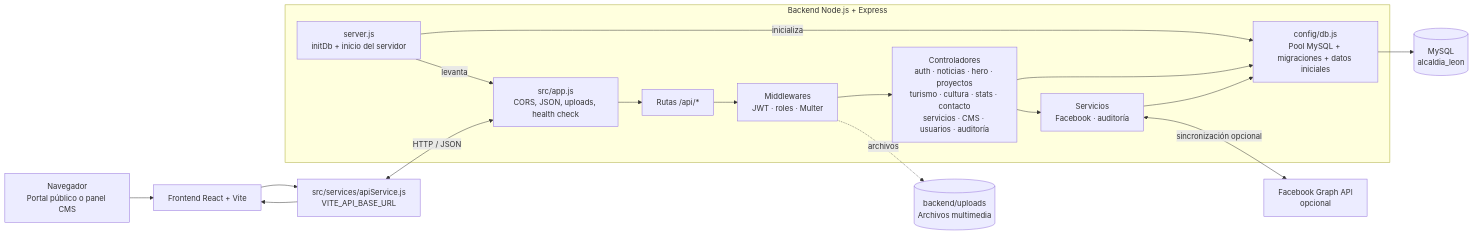
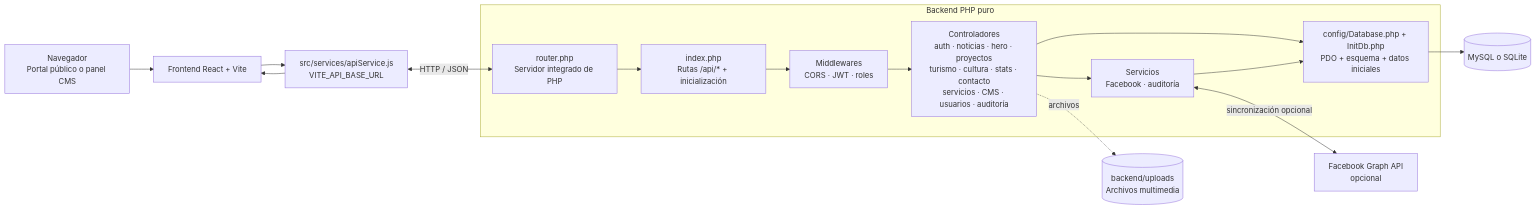
Before and after one commit to jermeine-bot/alcaldia-propuesto: the first of 2 diagrams in README.md, drawn with Mermaid. The commit also changed other lines of this file and 119 other files, not shown here.

Commit message:
Actualiza frontend y backend del proyecto

````diff
--- a/README.md
+++ b/README.md
@@ -166,32 +134,29 @@
 ```mermaid
 flowchart LR
     ciudadano["Navegador<br/>Portal público o panel CMS"]
     frontend["Frontend React + Vite"]
     apiClient["src/services/apiService.js<br/>VITE_API_BASE_URL"]
 
-    subgraph backend["Backend Node.js + Express"]
-        server["server.js<br/>initDb + inicio del servidor"]
-        app["src/app.js<br/>CORS, JSON, uploads, health check"]
-        routes["Rutas /api/*"]
-        middleware["Middlewares<br/>JWT · roles · Multer"]
+    subgraph backend["Backend PHP puro"]
+        router["router.php<br/>Servidor integrado de PHP"]
+        index["index.php<br/>Rutas /api/* + inicialización"]
+        middleware["Middlewares<br/>CORS · JWT · roles"]
         controllers["Controladores<br/>auth · noticias · hero · proyectos<br/>turismo · cultura · stats · contacto<br/>servicios · CMS · usuarios · auditoría"]
         services["Servicios<br/>Facebook · auditoría"]
-        dbpool["config/db.js<br/>Pool MySQL + migraciones + datos iniciales"]
+        db["config/Database.php + InitDb.php<br/>PDO + esquema + datos iniciales"]
     end
 
-    mysql[("MySQL<br/>alcaldia_leon")]
+    sql[("MySQL o SQLite")]
     uploads[("backend/uploads<br/>Archivos multimedia")]
     facebook["Facebook Graph API<br/>opcional"]
 
     ciudadano --> frontend --> apiClient
-    apiClient <-->|"HTTP / JSON"| app
-    server -->|"inicializa"| dbpool
-    server -->|"levanta"| app
-    app --> routes --> middleware --> controllers
-    controllers --> dbpool --> mysql
+    apiClient <-->|"HTTP / JSON"| router
+    router --> index --> middleware --> controllers
+    controllers --> db --> sql
     controllers --> services
-    services --> dbpool
-    middleware -.->|"archivos"| uploads
+    services --> db
+    controllers -.->|"archivos"| uploads
     services <-->|"sincronización opcional"| facebook
     apiClient --> frontend
 ```
````
